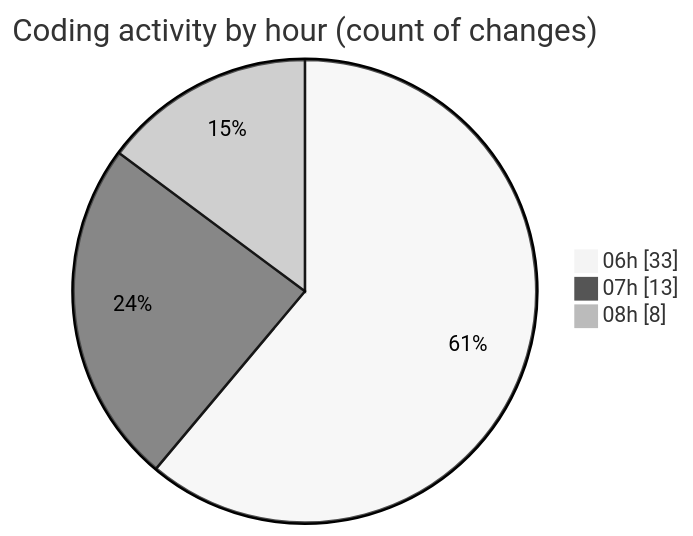
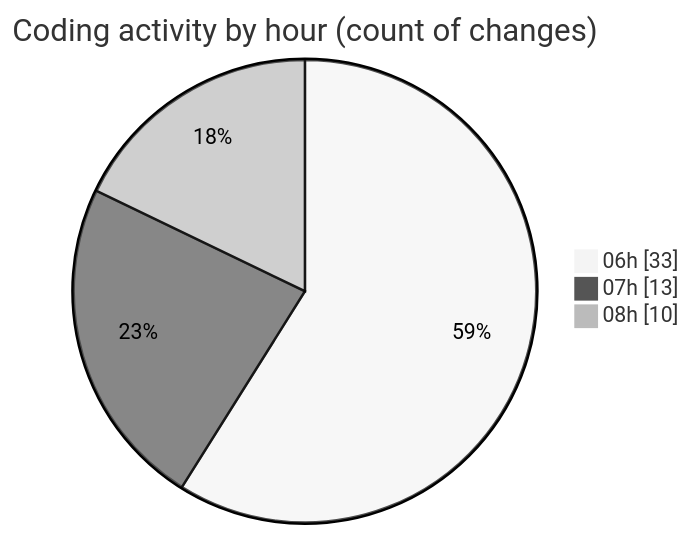
One commit to charlie-sans/code-tracking changed the second of 2 diagrams in 2025-02-21/micros/README.md. Above: the diagram before and after it, drawn with Mermaid (neutral theme). The commit also changed other lines of this file and 1 other file, not shown here.

````diff
--- a/2025-02-21/micros/README.md
+++ b/2025-02-21/micros/README.md
@@ -60,7 +62,7 @@
 ```mermaid
 pie showData
 title Coding activity by hour (count of changes)
 "06h" : 33
 "07h" : 13
-"08h" : 8
+"08h" : 10
 ```
````
